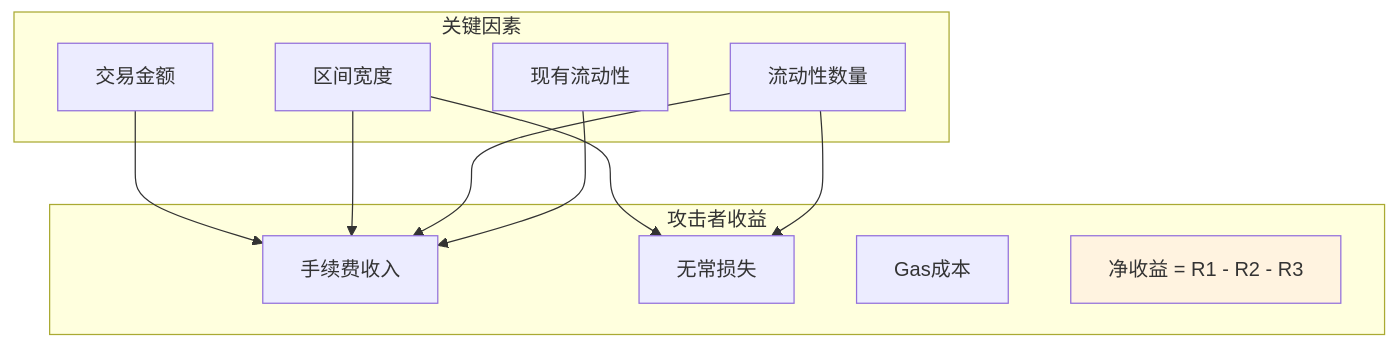
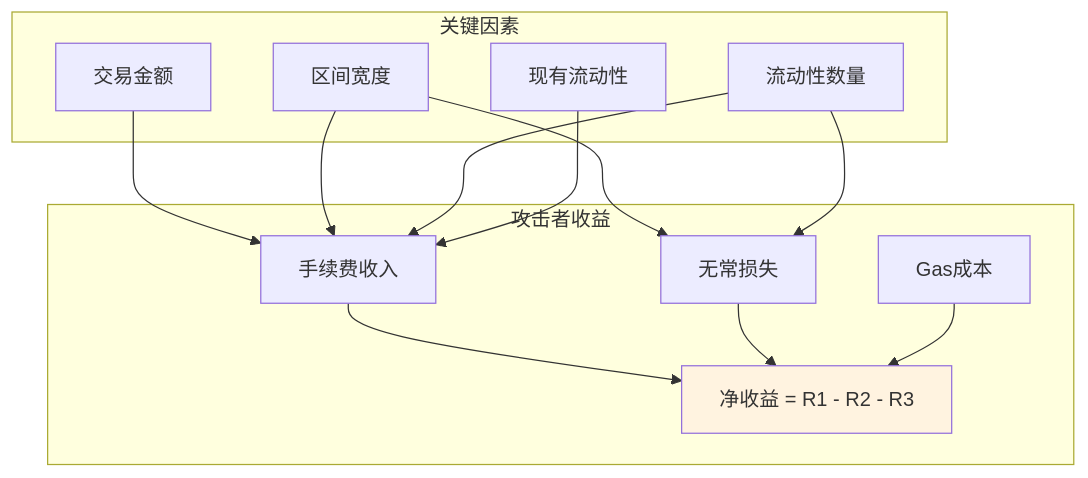
The seventh of 25 diagrams in DApp_Development/应用场景/defi/uniswap/v3/07-MEV与套利策略.md (blockchainGuide/blockchainguide), drawn with Mermaid before and after one commit. The commit also changed other lines of this file and 14 other files, not shown here.

````diff
--- a/DApp_Development/应用场景/defi/uniswap/v3/07-MEV与套利策略.md
+++ b/DApp_Development/应用场景/defi/uniswap/v3/07-MEV与套利策略.md
@@ -273,22 +282,28 @@
 ```mermaid
 flowchart TB
-    subgraph 攻击者收益
+    subgraph RevenueGroup["攻击者收益"]
         R1[手续费收入]
         R2[无常损失]
         R3[Gas成本]
         NET[净收益 = R1 - R2 - R3]
     end
 
-    subgraph 关键因素
+    subgraph FactorGroup["关键因素"]
         F1[交易金额]
         F2[区间宽度]
         F3[流动性数量]
         F4[现有流动性]
     end
 
-    F1 & F2 & F3 & F4 --> R1
-    F2 & F3 --> R2
-    NET
+    F1 --> R1
+    F2 --> R1
+    F3 --> R1
+    F4 --> R1
+    F2 --> R2
+    F3 --> R2
+    R1 --> NET
+    R2 --> NET
+    R3 --> NET
 
     style NET fill:#fff3e0
 ```
````
